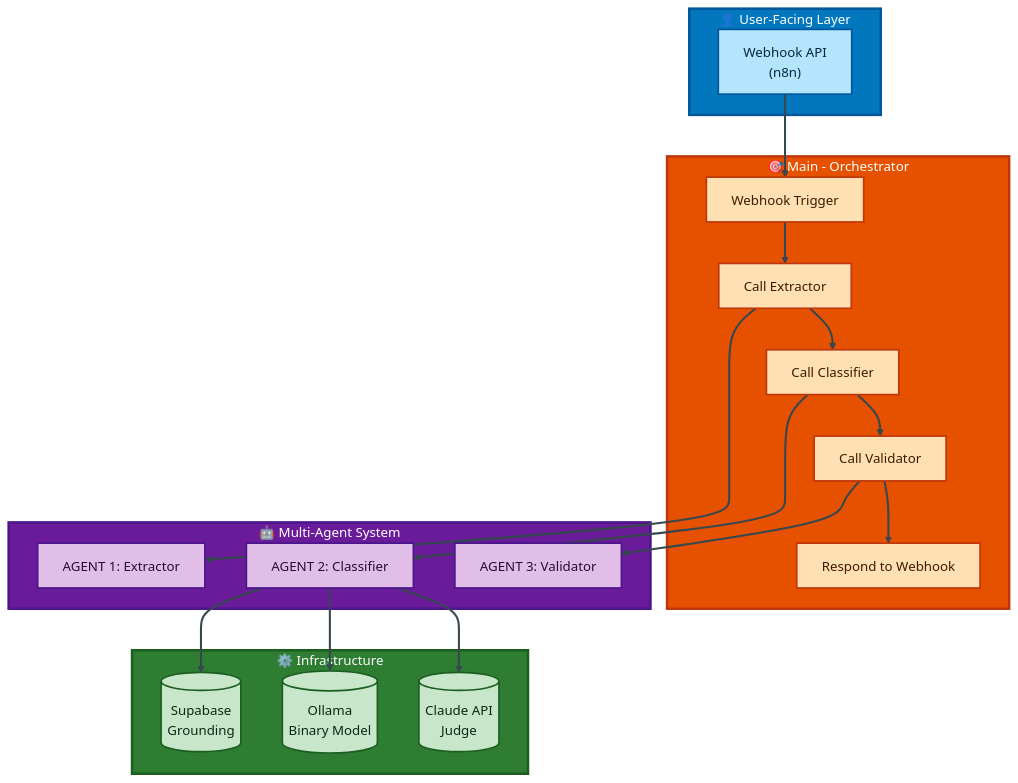
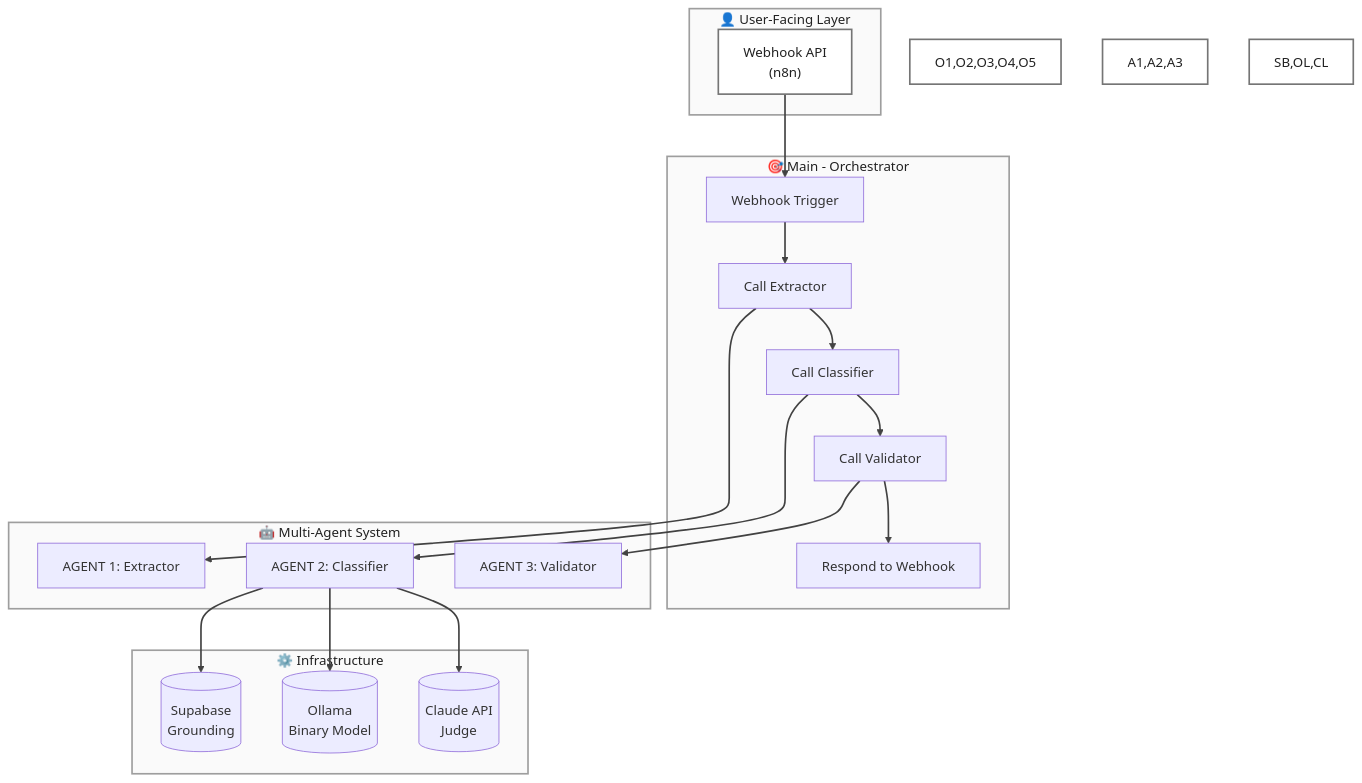
One commit to shivoymalhotra9-wq/Agentic-AI-Cyber-App changed the first of 3 diagrams in README.md. Above: the diagram before and after it, drawn with Mermaid. The commit also changed other lines of this file, not shown here.

Commit message:
Refactor styles and link styles in README
Updated styles and link styles in the README for better visibility and consistency.

````diff
--- a/README.md
+++ b/README.md
@@ -109,54 +109,46 @@
 ```mermaid
 flowchart TB
     subgraph USER["👤 User-Facing Layer"]
         WH["Webhook API<br/>(n8n)"]
     end
 
     subgraph ORCH["🎯 Main - Orchestrator"]
         O1["Webhook Trigger"]
         O2["Call Extractor"]
         O3["Call Classifier"]
         O4["Call Validator"]
         O5["Respond to Webhook"]
         O1 --> O2 --> O3 --> O4 --> O5
     end
 
     subgraph AGENTS["🤖 Multi-Agent System"]
         A1["AGENT 1: Extractor"]
         A2["AGENT 2: Classifier"]
         A3["AGENT 3: Validator"]
     end
 
     subgraph INFRA["⚙️ Infrastructure"]
         SB[("Supabase<br/>Grounding")]
         OL[("Ollama<br/>Binary Model")]
         CL[("Claude API<br/>Judge")]
     end
 
     WH --> O1
     O2 --> A1
     O3 --> A2
     O4 --> A3
     A2 --> SB
     A2 --> OL
     A2 --> CL
 
-    linkStyle default stroke:#37474f,stroke-width:2.5px
+    linkStyle default stroke:#424242,stroke-width:2px
 
-    style USER fill:#0277bd,stroke:#01579b,stroke-width:3px,color:#ffffff
-    style ORCH fill:#e65100,stroke:#bf360c,stroke-width:3px,color:#ffffff
-    style AGENTS fill:#6a1b9a,stroke:#4a148c,stroke-width:3px,color:#ffffff
-    style INFRA fill:#2e7d32,stroke:#1b5e20,stroke-width:3px,color:#ffffff
-    style WH fill:#b3e5fc,stroke:#01579b,stroke-width:2px,color:#06283d
-    style O1 fill:#ffe0b2,stroke:#bf360c,stroke-width:2px,color:#3a1c00
-    style O2 fill:#ffe0b2,stroke:#bf360c,stroke-width:2px,color:#3a1c00
-    style O3 fill:#ffe0b2,stroke:#bf360c,stroke-width:2px,color:#3a1c00
-    style O4 fill:#ffe0b2,stroke:#bf360c,stroke-width:2px,color:#3a1c00
-    style O5 fill:#ffe0b2,stroke:#bf360c,stroke-width:2px,color:#3a1c00
-    style A1 fill:#e1bee7,stroke:#4a148c,stroke-width:2px,color:#2a0a38
-    style A2 fill:#e1bee7,stroke:#4a148c,stroke-width:2px,color:#2a0a38
-    style A3 fill:#e1bee7,stroke:#4a148c,stroke-width:2px,color:#2a0a38
-    style SB fill:#c8e6c9,stroke:#1b5e20,stroke-width:2px,color:#0d2812
-    style OL fill:#c8e6c9,stroke:#1b5e20,stroke-width:2px,color:#0d2812
-    style CL fill:#c8e6c9,stroke:#1b5e20,stroke-width:2px,color:#0d2812
+    style USER fill:#fafafa,stroke:#9e9e9e,stroke-width:2px,color:#212121
+    style ORCH fill:#fafafa,stroke:#9e9e9e,stroke-width:2px,color:#212121
+    style AGENTS fill:#fafafa,stroke:#9e9e9e,stroke-width:2px,color:#212121
+    style INFRA fill:#fafafa,stroke:#9e9e9e,stroke-width:2px,color:#212121
+    style WH fill:#ffffff,stroke:#757575,stroke-width:2px,color:#212121
+    style O1,O2,O3,O4,O5 fill:#ffffff,stroke:#757575,stroke-width:2px,color:#212121
+    style A1,A2,A3 fill:#ffffff,stroke:#757575,stroke-width:2px,color:#212121
+    style SB,OL,CL fill:#ffffff,stroke:#757575,stroke-width:2px,color:#212121
 ```
````
